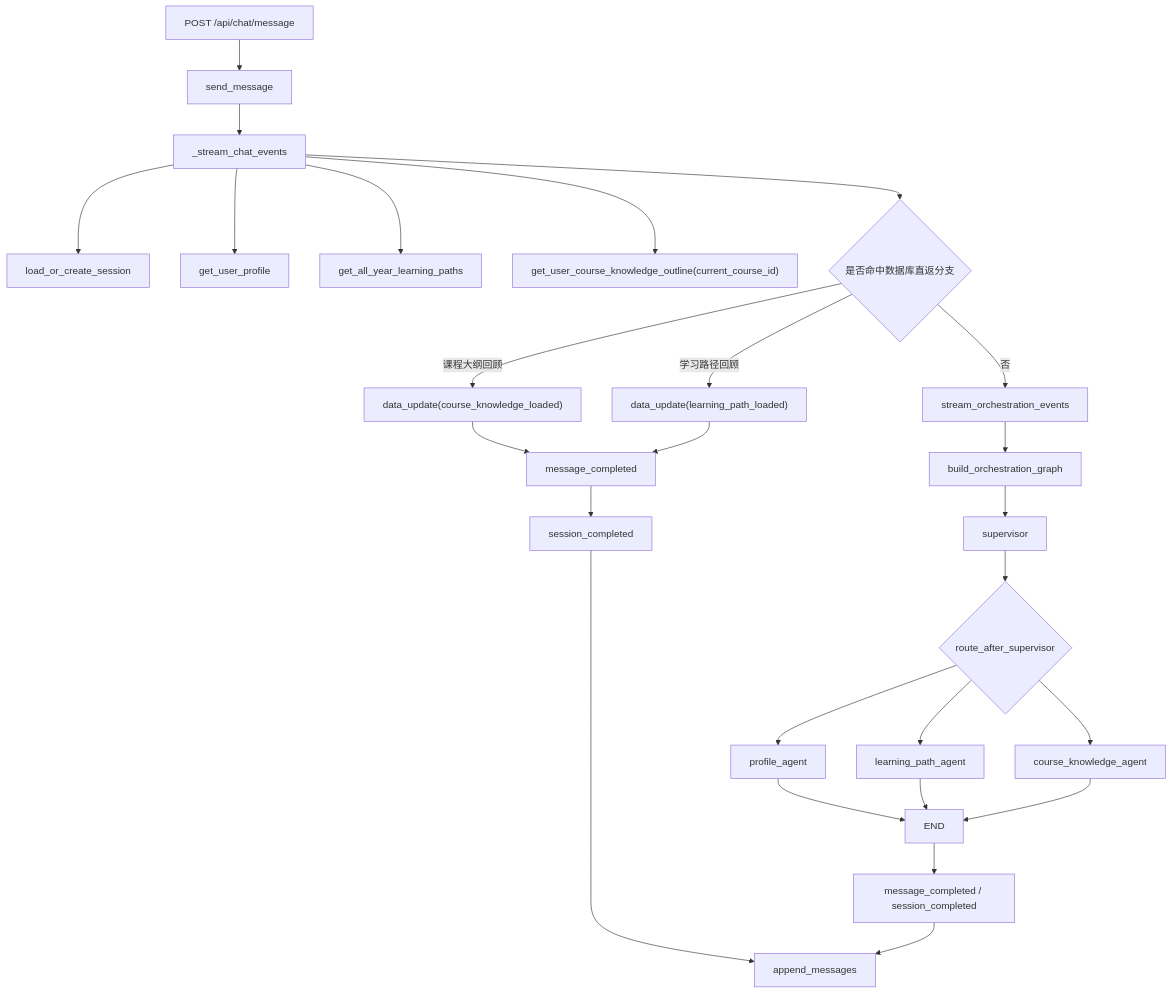
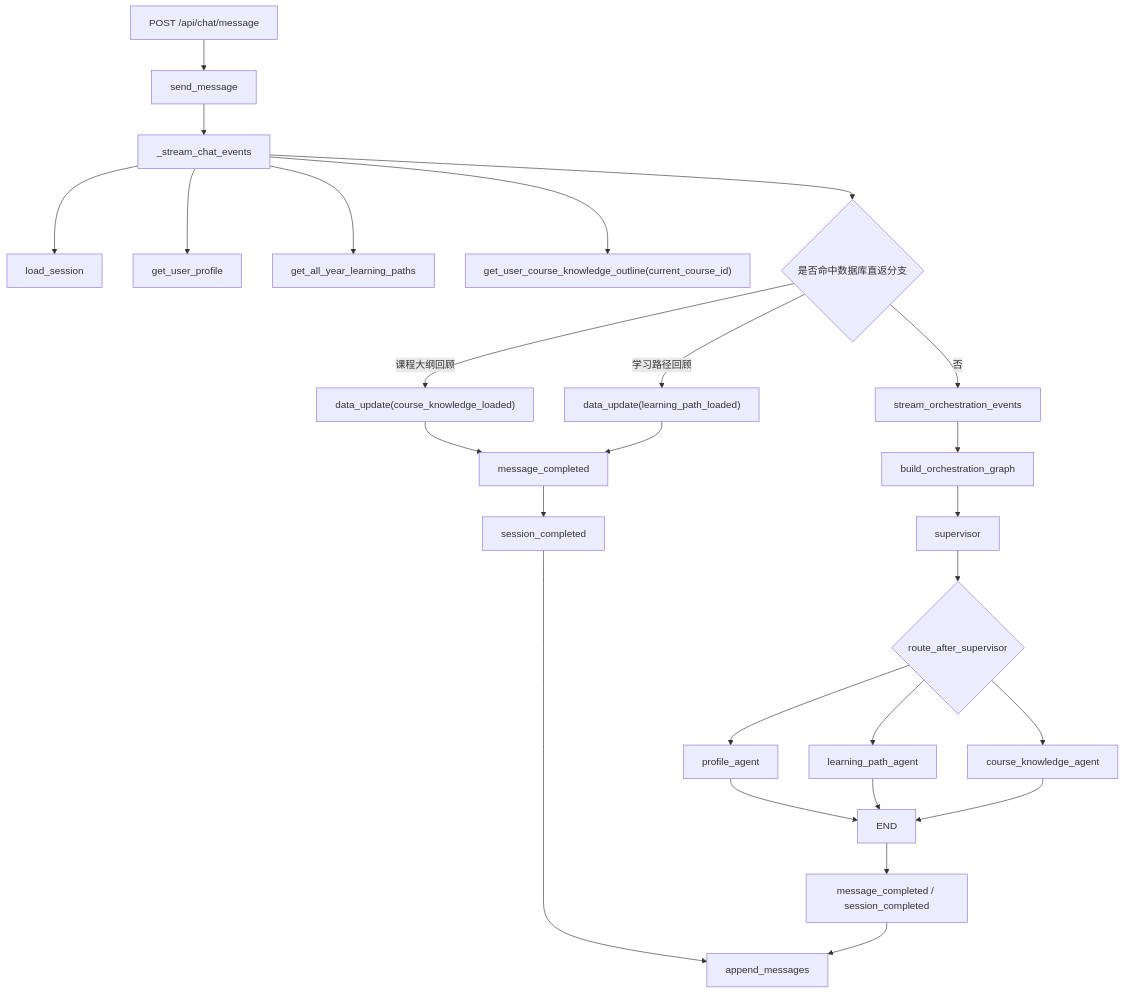
Diagram 33 of 54 in docs/agent逻辑.md (innovationpuls-creator/mutiagent), drawn with Mermaid before and after one commit. The commit also changed other lines of this file and 66 other files, not shown here.

````diff
--- a/docs/agent逻辑.md
+++ b/docs/agent逻辑.md
@@ -828,30 +1601,30 @@
 ```mermaid
 graph TD
   A["POST /api/chat/message"] --> B["send_message"]
   B --> C["_stream_chat_events"]
-  C --> D["load_or_create_session"]
+  C --> D["load_session"]
   C --> E["get_user_profile"]
   C --> F["get_all_year_learning_paths"]
   C --> G["get_user_course_knowledge_outline(current_course_id)"]
 
   C --> H{"是否命中数据库直返分支"}
   H -->|课程大纲回顾| I["data_update(course_knowledge_loaded)"]
   H -->|学习路径回顾| J["data_update(learning_path_loaded)"]
   I --> K["message_completed"]
   J --> K
   K --> L["session_completed"]
   L --> M["append_messages"]
 
   H -->|否| N["stream_orchestration_events"]
   N --> O["build_orchestration_graph"]
   O --> P["supervisor"]
   P --> Q{"route_after_supervisor"}
   Q --> R["profile_agent"]
   Q --> S["learning_path_agent"]
   Q --> T["course_knowledge_agent"]
   R --> U["END"]
   S --> U
   T --> U
   U --> V["message_completed / session_completed"]
   V --> M
 ```
````
